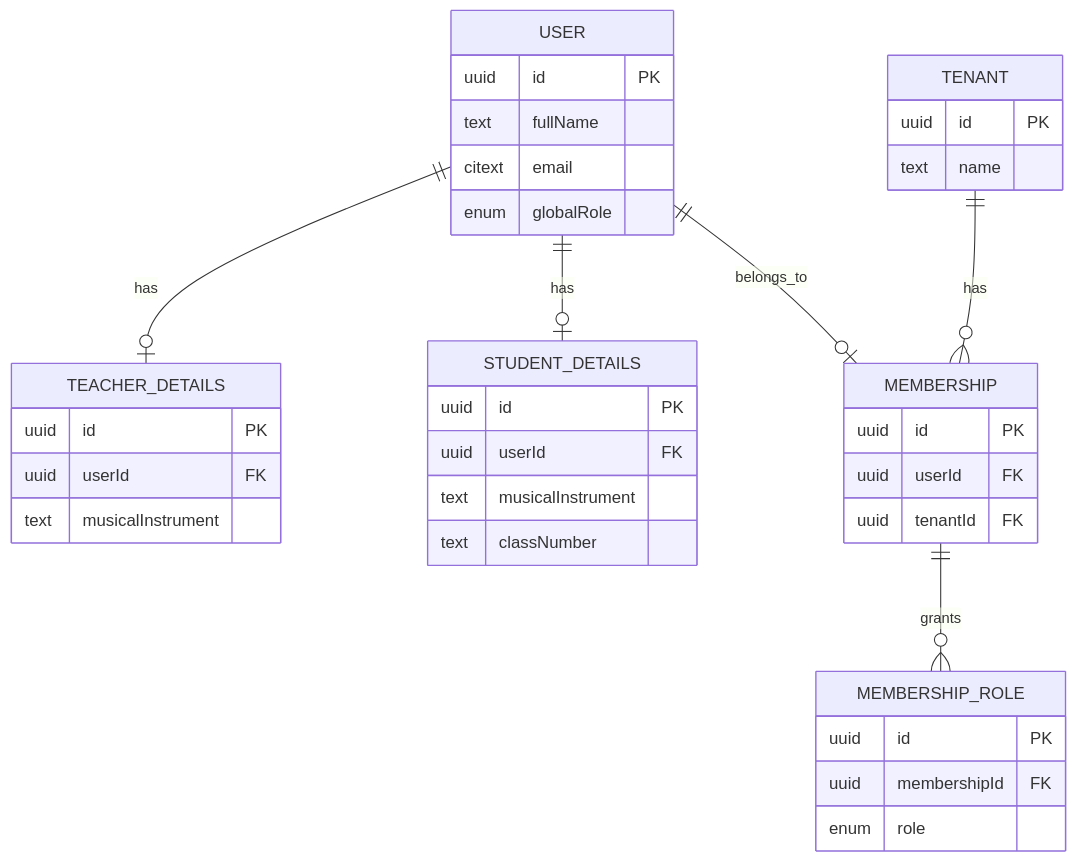
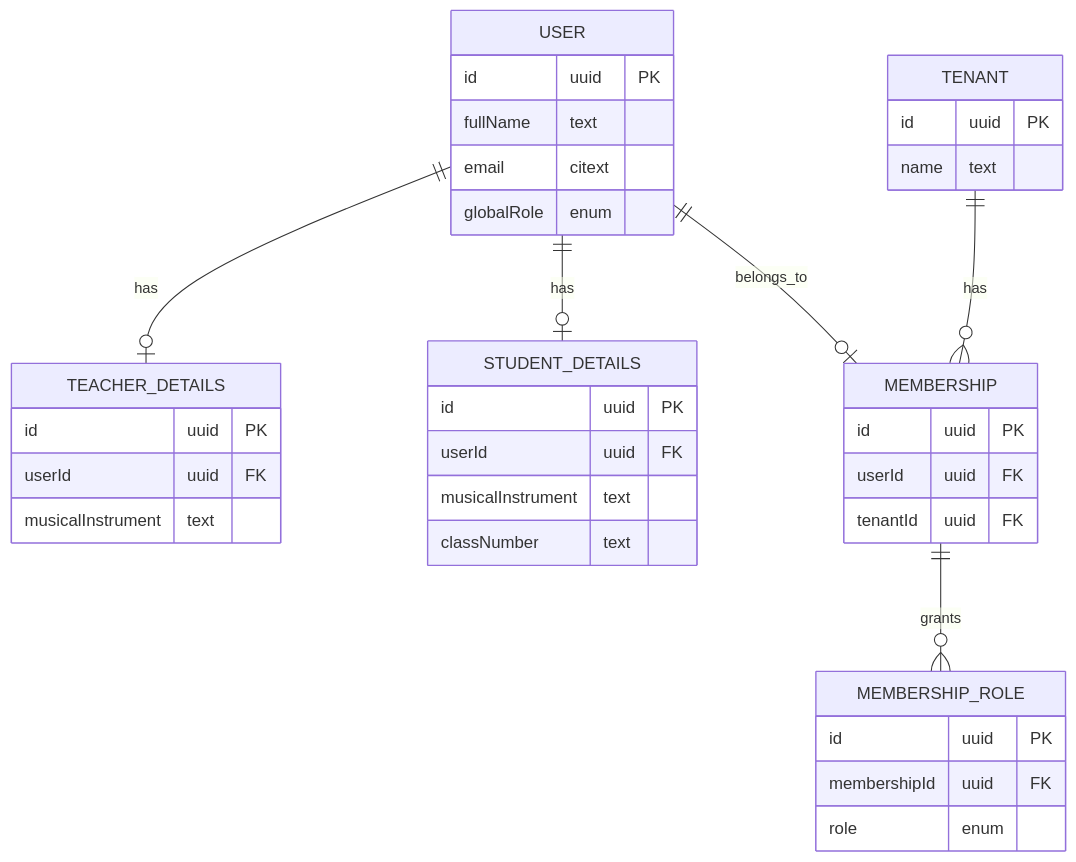
The second of 4 diagrams in architecture-homework/diagrams/erd.md (KaterynaKocheharova/Multi-tenant-architecture), drawn with Mermaid before and after one commit. The commit also changed other lines of this file, not shown here.

````diff
--- a/architecture-homework/diagrams/erd.md
+++ b/architecture-homework/diagrams/erd.md
@@ -157,45 +157,45 @@
 ```mermaid
 erDiagram
     TENANT {
-        uuid id PK
-        text name
+        id uuid PK
+        name text
     }
 
     USER {
-        uuid id PK
-        text fullName
-        citext email
-        enum globalRole
+        id uuid PK
+        fullName text
+        email citext
+        globalRole enum
     }
 
     TEACHER_DETAILS {
-        uuid id PK
-        uuid userId FK
-        text musicalInstrument
+        id uuid PK
+        userId uuid FK
+        musicalInstrument text
     }
 
     STUDENT_DETAILS {
-        uuid id PK
-        uuid userId FK
-        text musicalInstrument
-        text classNumber
+        id uuid PK
+        userId uuid FK
+        musicalInstrument text
+        classNumber text
     }
 
     MEMBERSHIP {
-        uuid id PK
-        uuid userId FK
-        uuid tenantId FK
+        id uuid PK
+        userId uuid FK
+        tenantId uuid FK
     }
 
     MEMBERSHIP_ROLE {
-        uuid id PK
-        uuid membershipId FK
-        enum role
+        id uuid PK
+        membershipId uuid FK
+        role enum
     }
 
     USER ||--o| TEACHER_DETAILS : has
     USER ||--o| STUDENT_DETAILS : has
     USER ||--o| MEMBERSHIP : belongs_to
     TENANT ||--o{ MEMBERSHIP : has
     MEMBERSHIP ||--o{ MEMBERSHIP_ROLE : grants
 ```
````
